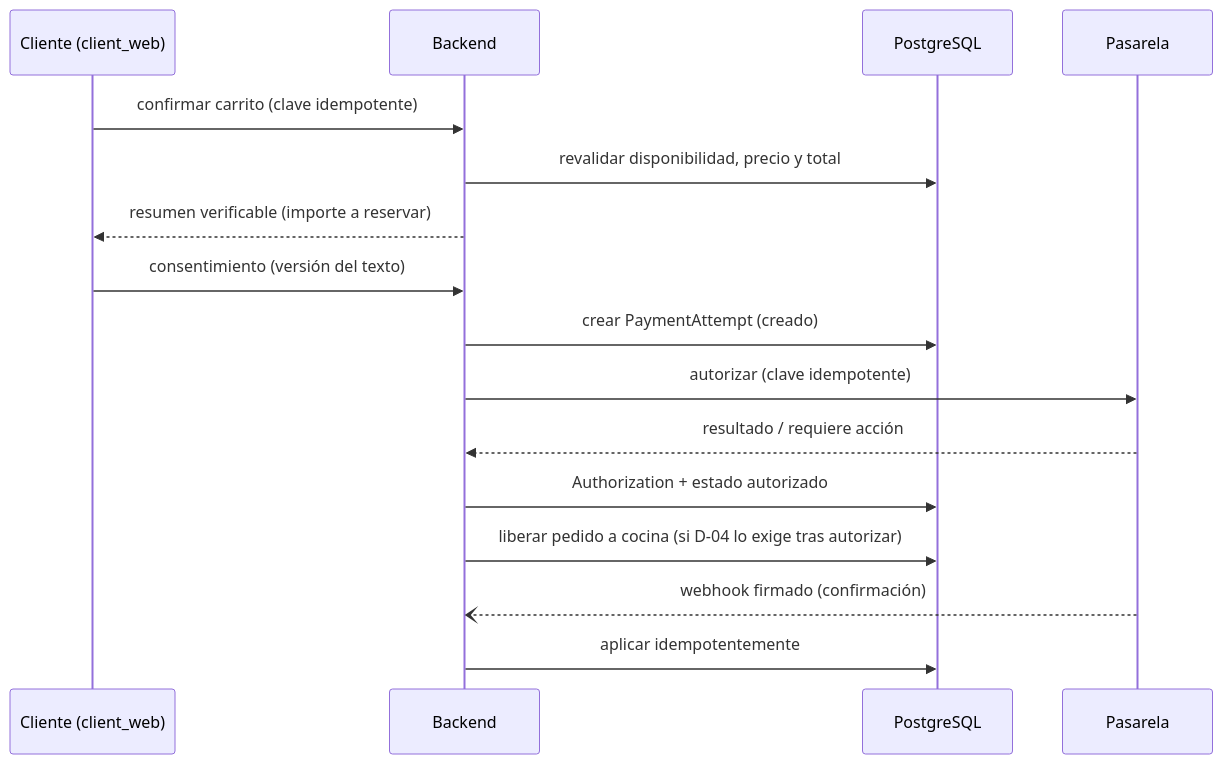
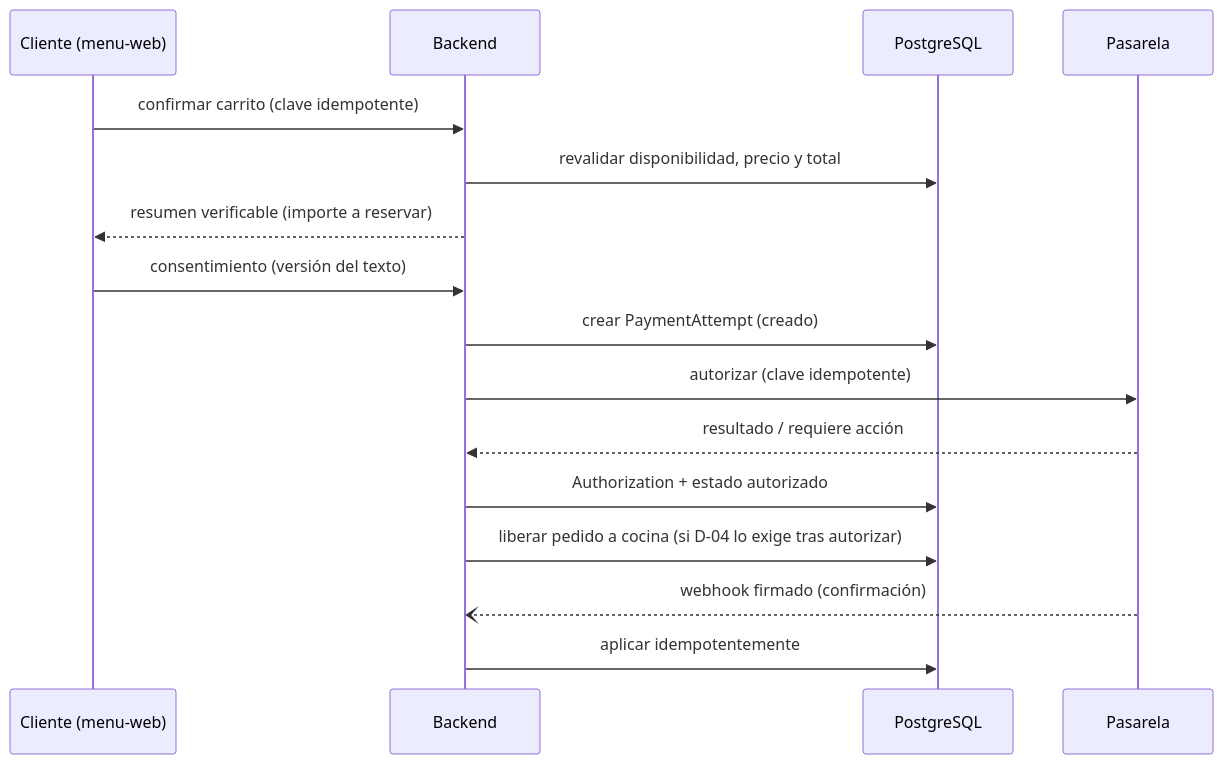
Before and after one commit to yuliniri200712-bit/Tavelyo: the fourth of 4 diagrams in docs/architecture/state-machines.md, drawn with Mermaid. The commit also changed 19 other files, not shown here.

````diff
--- a/docs/architecture/state-machines.md
+++ b/docs/architecture/state-machines.md
@@ -78,18 +78,18 @@
 ```mermaid
 sequenceDiagram
-  participant C as Cliente (client_web)
+  participant C as Cliente (menu-web)
   participant B as Backend
   participant DB as PostgreSQL
   participant P as Pasarela
   C->>B: confirmar carrito (clave idempotente)
   B->>DB: revalidar disponibilidad, precio y total
   B-->>C: resumen verificable (importe a reservar)
   C->>B: consentimiento (versión del texto)
   B->>DB: crear PaymentAttempt (creado)
   B->>P: autorizar (clave idempotente)
   P-->>B: resultado / requiere acción
   B->>DB: Authorization + estado autorizado
   B->>DB: liberar pedido a cocina (si D-04 lo exige tras autorizar)
   P--)B: webhook firmado (confirmación)
   B->>DB: aplicar idempotentemente
 ```
````
